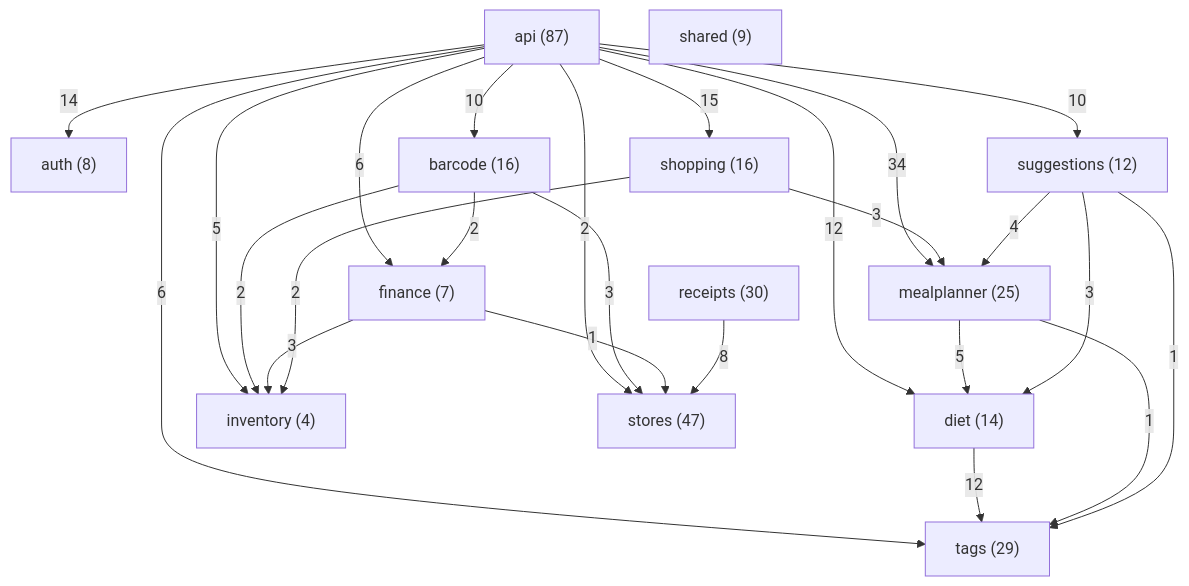
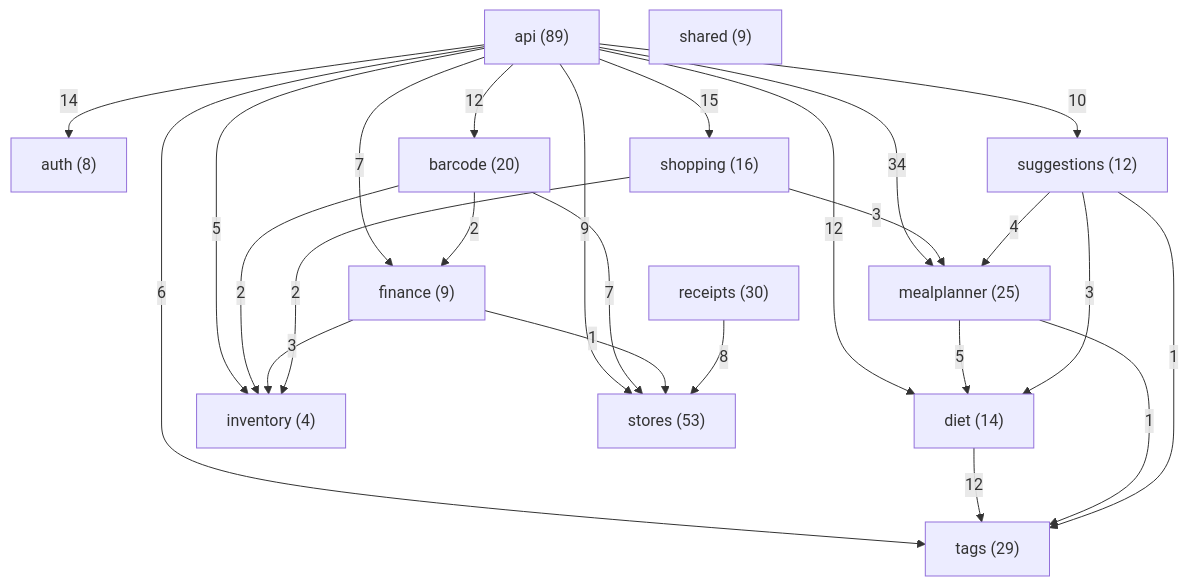
One commit to Nate-ryan-7690/dahaem changed the diagram in docs/classes/README.md. Above: the diagram before and after it, drawn with Mermaid. The commit also changed other lines of this file and 6 other files, not shown here.

````diff
--- a/docs/classes/README.md
+++ b/docs/classes/README.md
@@ -9,40 +9,40 @@
 ```mermaid
 flowchart TD
-    api["api (87)"]
+    api["api (89)"]
     auth["auth (8)"]
-    barcode["barcode (16)"]
+    barcode["barcode (20)"]
     diet["diet (14)"]
-    finance["finance (7)"]
+    finance["finance (9)"]
     inventory["inventory (4)"]
     mealplanner["mealplanner (25)"]
     receipts["receipts (30)"]
     shared["shared (9)"]
     shopping["shopping (16)"]
-    stores["stores (47)"]
+    stores["stores (53)"]
     suggestions["suggestions (12)"]
     tags["tags (29)"]
     api -->|14| auth
-    api -->|10| barcode
+    api -->|12| barcode
     api -->|12| diet
-    api -->|6| finance
+    api -->|7| finance
     api -->|5| inventory
     api -->|34| mealplanner
     api -->|15| shopping
-    api -->|2| stores
+    api -->|9| stores
     api -->|10| suggestions
     api -->|6| tags
     barcode -->|2| finance
     barcode -->|2| inventory
-    barcode -->|3| stores
+    barcode -->|7| stores
     diet -->|12| tags
     finance -->|3| inventory
     finance -->|1| stores
     mealplanner -->|5| diet
     mealplanner -->|1| tags
     receipts -->|8| stores
     shopping -->|2| inventory
     shopping -->|3| mealplanner
     suggestions -->|3| diet
     suggestions -->|4| mealplanner
     suggestions -->|1| tags
 ```
````
